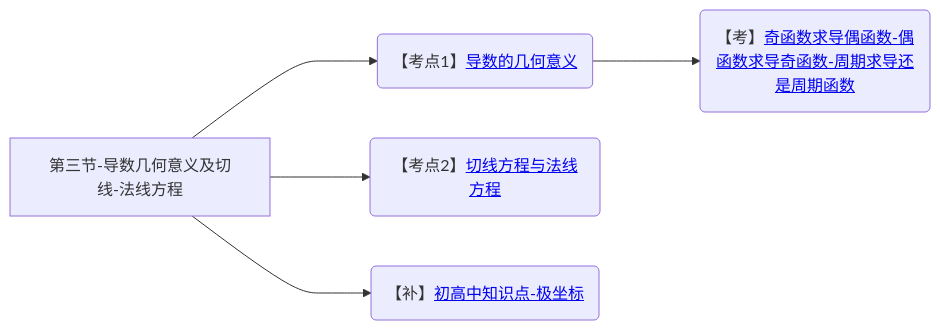
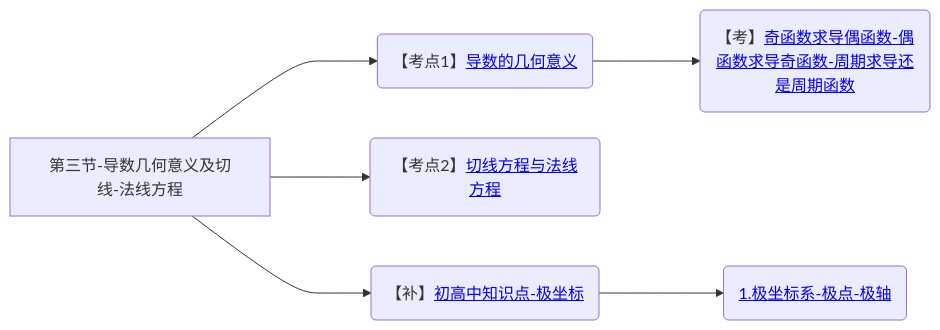
Before and after one commit to yuebinghui/note: diagram 13 of 13 in 笔记/数学/周洋鑫/01.基础班思维导图.md, drawn with Mermaid. The commit also changed 13 other files, not shown here.

````diff
--- a/笔记/数学/周洋鑫/01.基础班思维导图.md
+++ b/笔记/数学/周洋鑫/01.基础班思维导图.md
@@ -498,11 +498,12 @@
 ```mermaid
 graph LR
 第三节-导数几何意义及切线-法线方程
 
 第三节-导数几何意义及切线-法线方程--->导数的几何意义(【考点1】<a href="/Users/yuebinghui/Documents/program/github/note/笔记/数学/周洋鑫/基础班/14.导数的几何意义与微分定义.md#导数的几何意义">导数的几何意义</>)
 导数的几何意义--->奇函数求导偶函数-偶函数求导奇函数-周期求导还是周期函数(【考】<a href="/Users/yuebinghui/Documents/program/github/note/笔记/数学/周洋鑫/基础班/14.导数的几何意义与微分定义.md#奇函数求导偶函数-偶函数求导奇函数-周期求导还是周期函数">奇函数求导偶函数-偶函数求导奇函数-周期求导还是周期函数</>)
 
 第三节-导数几何意义及切线-法线方程--->切线方程与法线方程(【考点2】<a href="/Users/yuebinghui/Documents/program/github/note/笔记/数学/周洋鑫/基础班/14.导数的几何意义与微分定义.md#切线方程与法线方程">切线方程与法线方程</>)
 
 第三节-导数几何意义及切线-法线方程--->初高中知识点-极坐标(【补】<a href="/Users/yuebinghui/Documents/program/github/note/笔记/数学/周洋鑫/基础班/14.导数的几何意义与微分定义.md#初高中知识点-极坐标">初高中知识点-极坐标</>)
+初高中知识点-极坐标--->1.极坐标系-极点-极轴(<a href="/Users/yuebinghui/Documents/program/github/note/笔记/数学/周洋鑫/基础班/14.导数的几何意义与微分定义.md#1.极坐标系-极点-极轴">1.极坐标系-极点-极轴</>)
 ```
````
